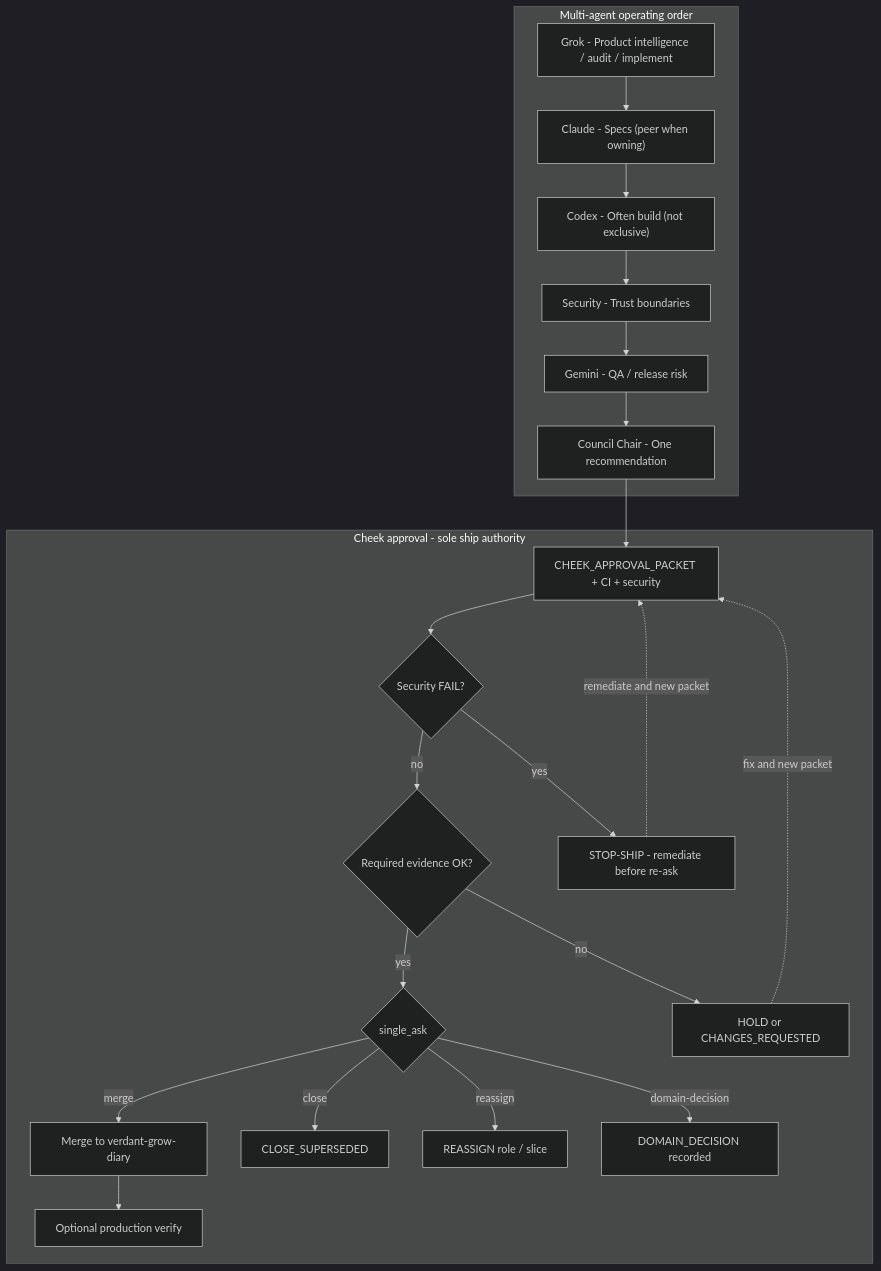
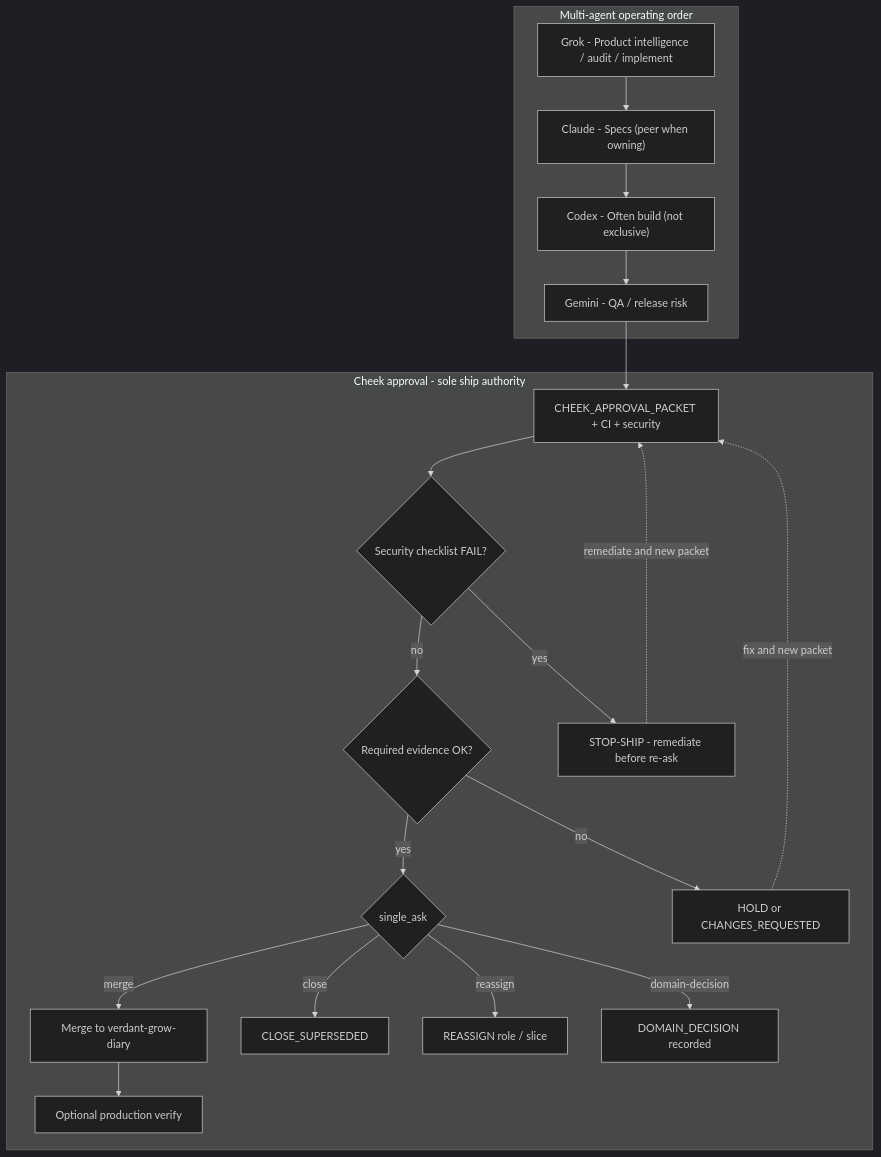
One commit to Verdant-OS/verdant-grow-diary changed the second of 4 diagrams in docs/agents/cheek-approval-workflow.md. Above: the diagram before and after it, drawn with Mermaid (dark theme). The commit also changed other lines of this file and 52 other files, not shown here.

````diff
--- a/docs/agents/cheek-approval-workflow.md
+++ b/docs/agents/cheek-approval-workflow.md
@@ -379,44 +377,40 @@
 ```mermaid
 flowchart TB
   subgraph pipeline["Multi-agent operating order"]
     Grok["Grok - Product intelligence / audit / implement"]
     Claude["Claude - Specs (peer when owning)"]
     Codex["Codex - Often build (not exclusive)"]
-    Security["Security - Trust boundaries"]
     Gemini["Gemini - QA / release risk"]
-    Council["Council Chair - One recommendation"]
     Grok --> Claude
     Claude --> Codex
-    Codex --> Security
-    Security --> Gemini
-    Gemini --> Council
+    Codex --> Gemini
   end
 
   subgraph cheek_gate["Cheek approval - sole ship authority"]
     Packet["CHEEK_APPROVAL_PACKET + CI + security"]
-    SecFail{"Security FAIL?"}
+    SecFail{"Security checklist FAIL?"}
     Evidence{"Required evidence OK?"}
     Ask{"single_ask"}
     StopShip["STOP-SHIP - remediate before re-ask"]
     Hold["HOLD or CHANGES_REQUESTED"]
     Merge["Merge to verdant-grow-diary"]
     Close["CLOSE_SUPERSEDED"]
     Reassign["REASSIGN role / slice"]
     Domain["DOMAIN_DECISION recorded"]
     Prod["Optional production verify"]
   end
 
-  Council --> Packet
+  Gemini --> Packet
   Packet --> SecFail
   SecFail -->|yes| StopShip
   SecFail -->|no| Evidence
   Evidence -->|no| Hold
   Evidence -->|yes| Ask
   Ask -->|merge| Merge
   Ask -->|close| Close
   Ask -->|reassign| Reassign
   Ask -->|domain-decision| Domain
   Merge --> Prod
   Hold -.->|fix and new packet| Packet
   StopShip -.->|remediate and new packet| Packet
 ```
````
